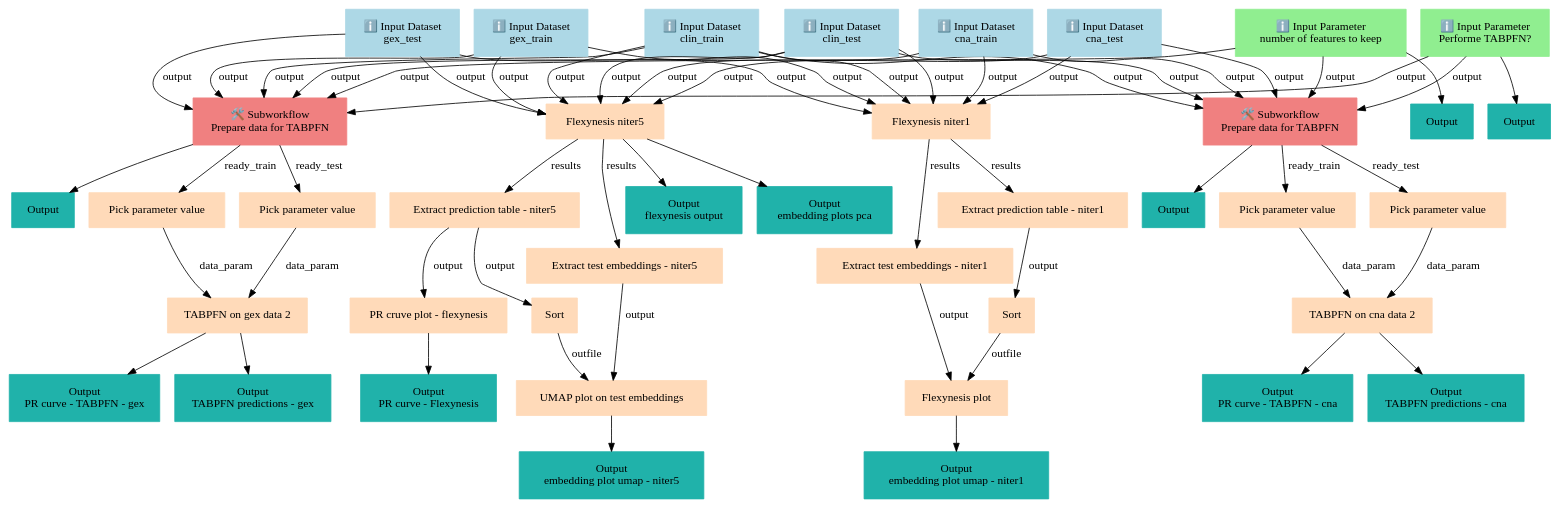
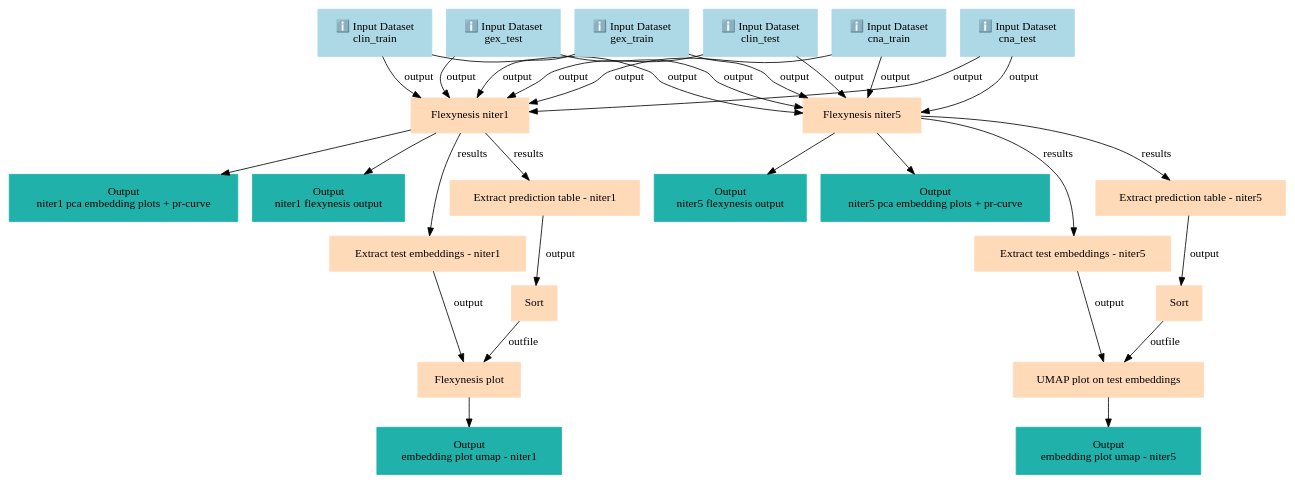
One commit to galaxyproject/training-material changed the diagram in api/workflows/statistics/flexynesis_classification/main-workflow/graph.dot. Above: the diagram before and after it, drawn with Graphviz. The commit also changed 10567 other files, not shown here.

```diff
--- a/api/workflows/statistics/flexynesis_classification/main-workflow/graph.dot
+++ b/api/workflows/statistics/flexynesis_classification/main-workflow/graph.dot
@@ -1,100 +1,54 @@
 digraph main {
   node [fontname="Atkinson Hyperlegible", shape=box, color=white,style=filled,color=peachpuff,margin="0.2,0.2"];
   edge [fontname="Atkinson Hyperlegible"];
   0[color=lightblue,label="ℹ️ Input Dataset\nclin_train"]
   1[color=lightblue,label="ℹ️ Input Dataset\nclin_test"]
   2[color=lightblue,label="ℹ️ Input Dataset\ngex_train"]
   3[color=lightblue,label="ℹ️ Input Dataset\ngex_test"]
   4[color=lightblue,label="ℹ️ Input Dataset\ncna_train"]
   5[color=lightblue,label="ℹ️ Input Dataset\ncna_test"]
-  6[color=lightgreen,label="ℹ️ Input Parameter\nnumber of features to keep"]
-  k317be0d5bbba4f2995b3d7c58c2736b3[color=lightseagreen,label="Output\n"]
-  6 -> k317be0d5bbba4f2995b3d7c58c2736b3
-  7[color=lightgreen,label="ℹ️ Input Parameter\nPerforme TABPFN?"]
-  k865c83391baa42cda096a5f159ae5221[color=lightseagreen,label="Output\n"]
-  7 -> k865c83391baa42cda096a5f159ae5221
-  8[label=" Flexynesis niter1"]
-  5 -> 8 [label="output"]
-  4 -> 8 [label="output"]
-  1 -> 8 [label="output"]
-  3 -> 8 [label="output"]
-  0 -> 8 [label="output"]
-  2 -> 8 [label="output"]
-  9[label=" Flexynesis niter5"]
-  5 -> 9 [label="output"]
-  4 -> 9 [label="output"]
-  1 -> 9 [label="output"]
-  3 -> 9 [label="output"]
-  0 -> 9 [label="output"]
-  2 -> 9 [label="output"]
-  kb0c3401fab6249f2a31430a4ec36155c[color=lightseagreen,label="Output\nflexynesis output"]
-  9 -> kb0c3401fab6249f2a31430a4ec36155c
-  k6d26fdb76fb0403da4847b0abdb5bd67[color=lightseagreen,label="Output\nembedding plots pca"]
-  9 -> k6d26fdb76fb0403da4847b0abdb5bd67
-  10[color=lightcoral,label="🛠️ Subworkflow\nPrepare data for TABPFN"]
-  6 -> 10 [label="output"]
-  1 -> 10 [label="output"]
-  3 -> 10 [label="output"]
-  0 -> 10 [label="output"]
-  2 -> 10 [label="output"]
-  7 -> 10 [label="output"]
-  kb93c8cbe538d487596b62073943f3f65[color=lightseagreen,label="Output\n"]
-  10 -> kb93c8cbe538d487596b62073943f3f65
-  11[color=lightcoral,label="🛠️ Subworkflow\nPrepare data for TABPFN"]
-  6 -> 11 [label="output"]
-  1 -> 11 [label="output"]
-  5 -> 11 [label="output"]
-  0 -> 11 [label="output"]
-  4 -> 11 [label="output"]
-  7 -> 11 [label="output"]
-  k8b726af87712453eb9872e549248089c[color=lightseagreen,label="Output\n"]
-  11 -> k8b726af87712453eb9872e549248089c
-  12[label="Extract prediction table - niter1"]
-  8 -> 12 [label="results"]
-  13[label="Extract test embeddings - niter1"]
-  8 -> 13 [label="results"]
-  14[label="Extract prediction table - niter5"]
-  9 -> 14 [label="results"]
-  15[label="Extract test embeddings - niter5"]
-  9 -> 15 [label="results"]
-  16[label="Pick parameter value"]
-  10 -> 16 [label="ready_train"]
-  17[label="Pick parameter value"]
-  10 -> 17 [label="ready_test"]
-  18[label="Pick parameter value"]
-  11 -> 18 [label="ready_train"]
-  19[label="Pick parameter value"]
-  11 -> 19 [label="ready_test"]
-  20[label="Sort"]
-  12 -> 20 [label="output"]
-  21[label="Sort"]
-  14 -> 21 [label="output"]
-  22[label="PR cruve plot - flexynesis"]
-  14 -> 22 [label="output"]
-  kc64e7cb22e544176a914b5b291c3f8da[color=lightseagreen,label="Output\nPR curve - Flexynesis"]
-  22 -> kc64e7cb22e544176a914b5b291c3f8da
-  23[label="TABPFN on gex data 2"]
-  17 -> 23 [label="data_param"]
-  16 -> 23 [label="data_param"]
-  kcc9c63af9aca40309e5af196d30c849d[color=lightseagreen,label="Output\nTABPFN predictions - gex"]
-  23 -> kcc9c63af9aca40309e5af196d30c849d
-  k5f9a68f4fa2c400eb78b8b2bba3c7b91[color=lightseagreen,label="Output\nPR curve - TABPFN - gex"]
-  23 -> k5f9a68f4fa2c400eb78b8b2bba3c7b91
-  24[label="TABPFN on cna data 2"]
-  19 -> 24 [label="data_param"]
-  18 -> 24 [label="data_param"]
-  k229fd7b2f8b84257919c550c2154c689[color=lightseagreen,label="Output\nPR curve - TABPFN - cna"]
-  24 -> k229fd7b2f8b84257919c550c2154c689
-  ke99d56b0848643449fdc78ac8f92402e[color=lightseagreen,label="Output\nTABPFN predictions - cna"]
-  24 -> ke99d56b0848643449fdc78ac8f92402e
-  25[label="Flexynesis plot"]
-  13 -> 25 [label="output"]
-  20 -> 25 [label="outfile"]
-  k1bd99aab384444969597bb7e49258f66[color=lightseagreen,label="Output\nembedding plot umap - niter1"]
-  25 -> k1bd99aab384444969597bb7e49258f66
-  26[label="UMAP plot on test embeddings"]
-  15 -> 26 [label="output"]
-  21 -> 26 [label="outfile"]
-  k6910804890684c4fb8bfb422b0d31625[color=lightseagreen,label="Output\nembedding plot umap - niter5"]
-  26 -> k6910804890684c4fb8bfb422b0d31625
+  6[label=" Flexynesis niter1"]
+  5 -> 6 [label="output"]
+  4 -> 6 [label="output"]
+  1 -> 6 [label="output"]
+  3 -> 6 [label="output"]
+  0 -> 6 [label="output"]
+  2 -> 6 [label="output"]
+  k2012ecdcb05648d8a73265b196939d04[color=lightseagreen,label="Output\nniter1 pca embedding plots + pr-curve"]
+  6 -> k2012ecdcb05648d8a73265b196939d04
+  ka3d336d014da46888f209fbe4a3745a5[color=lightseagreen,label="Output\nniter1 flexynesis output"]
+  6 -> ka3d336d014da46888f209fbe4a3745a5
+  7[label=" Flexynesis niter5"]
+  5 -> 7 [label="output"]
+  4 -> 7 [label="output"]
+  1 -> 7 [label="output"]
+  3 -> 7 [label="output"]
+  0 -> 7 [label="output"]
+  2 -> 7 [label="output"]
+  k49542b0b89e043728c306a2ec5a22967[color=lightseagreen,label="Output\nniter5 flexynesis output"]
+  7 -> k49542b0b89e043728c306a2ec5a22967
+  k1b27b3d1d7044c6985140cb2139c2349[color=lightseagreen,label="Output\nniter5 pca embedding plots + pr-curve"]
+  7 -> k1b27b3d1d7044c6985140cb2139c2349
+  8[label="Extract prediction table - niter1"]
+  6 -> 8 [label="results"]
+  9[label="Extract test embeddings - niter1"]
+  6 -> 9 [label="results"]
+  10[label="Extract prediction table - niter5"]
+  7 -> 10 [label="results"]
+  11[label="Extract test embeddings - niter5"]
+  7 -> 11 [label="results"]
+  12[label="Sort"]
+  8 -> 12 [label="output"]
+  13[label="Sort"]
+  10 -> 13 [label="output"]
+  14[label="Flexynesis plot"]
+  9 -> 14 [label="output"]
+  12 -> 14 [label="outfile"]
+  ka132b51938f84d0aaf844343a24a1f7a[color=lightseagreen,label="Output\nembedding plot umap - niter1"]
+  14 -> ka132b51938f84d0aaf844343a24a1f7a
+  15[label="UMAP plot on test embeddings"]
+  11 -> 15 [label="output"]
+  13 -> 15 [label="outfile"]
+  kbd28d5e997ed419eb4e60e31eef2db18[color=lightseagreen,label="Output\nembedding plot umap - niter5"]
+  15 -> kbd28d5e997ed419eb4e60e31eef2db18
 }
```
